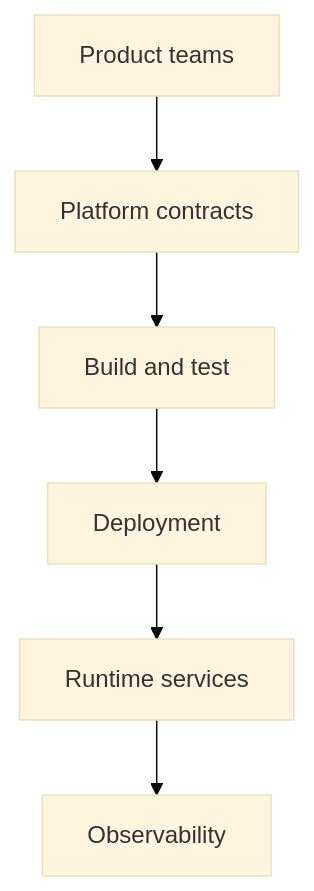
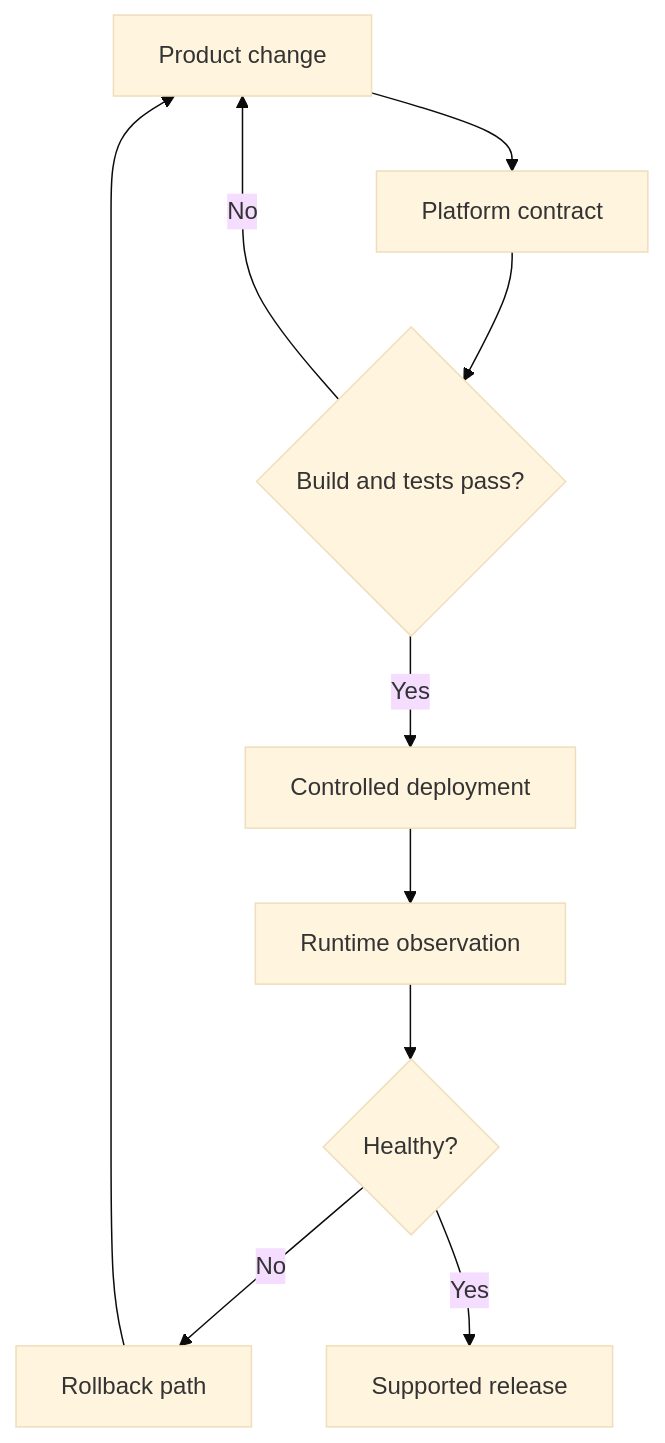
One commit to J0UH/developer-platform-delivery changed the diagram in README.md. Above: the diagram before and after it, drawn with Mermaid (base theme). The commit also changed other lines of this file and 2 other files, not shown here.

Commit message:
docs: refine project portfolio

````diff
--- a/README.md
+++ b/README.md
@@ -26,14 +28,14 @@
 ```mermaid
 flowchart TD
-    n0["Product teams"]
-    n1["Platform contracts"]
-    n2["Build and test"]
-    n3["Deployment"]
-    n4["Runtime services"]
-    n5["Observability"]
-    n0 --> n1
-    n1 --> n2
-    n2 --> n3
-    n3 --> n4
-    n4 --> n5
+accTitle: Developer platform and delivery
+accDescr: Product changes must satisfy a platform contract and tests before deployment. Runtime health determines whether the release is supported or travels an explicit rollback path.
+    change["Product change"] --> contract["Platform contract"]
+    contract --> test{"Build and tests pass?"}
+    test -->|No| change
+    test -->|Yes| deploy["Controlled deployment"]
+    deploy --> observe["Runtime observation"]
+    observe --> healthy{"Healthy?"}
+    healthy -->|No| rollback["Rollback path"]
+    rollback --> change
+    healthy -->|Yes| release["Supported release"]
 ```
````
